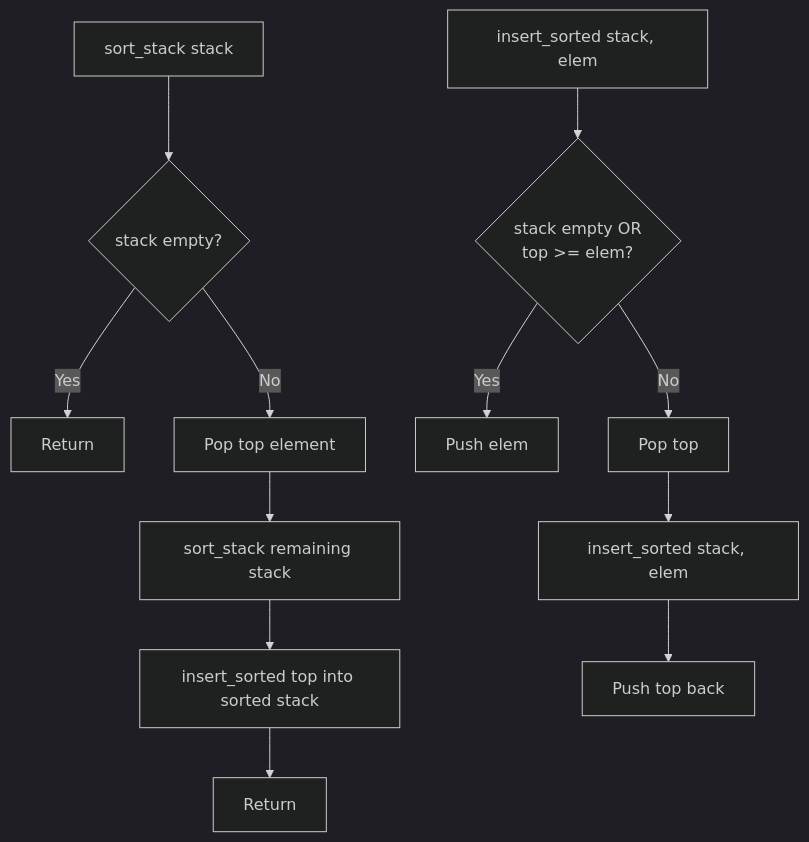
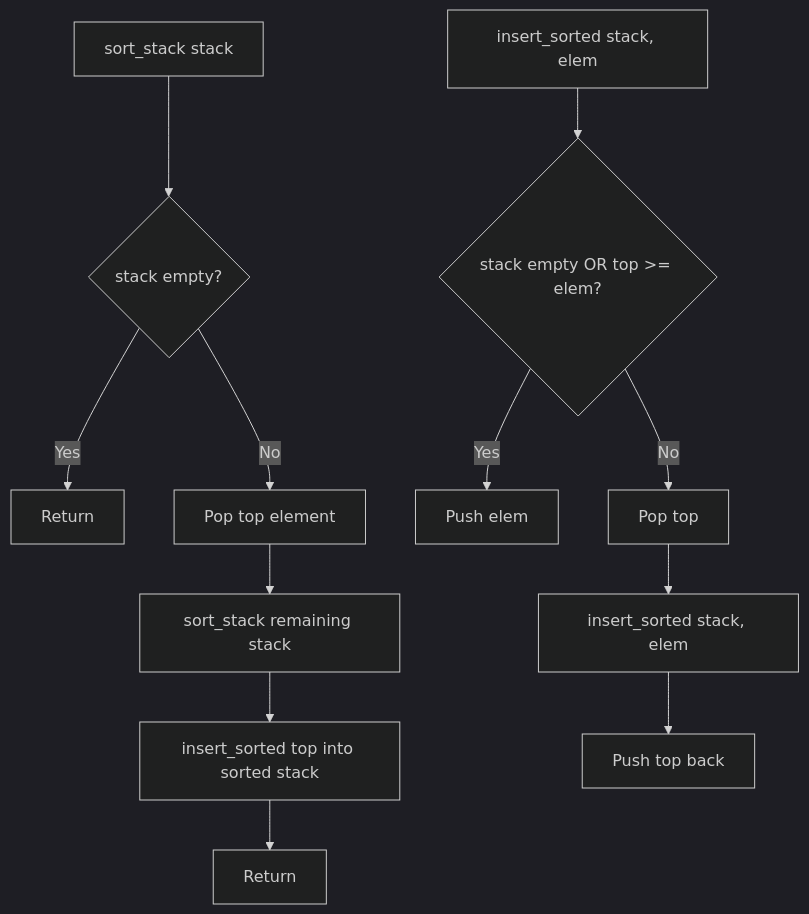
One commit to deepanshu-rawat6/AlgoAtlas changed the fourth of 5 diagrams in recursion/README.md. Above: the diagram before and after it, drawn with Mermaid (dark theme). The commit also changed other lines of this file and 43 other files, not shown here.

````diff
--- a/recursion/README.md
+++ b/recursion/README.md
@@ -86,15 +86,15 @@
 ```mermaid
 flowchart TD
-    A[sort_stack stack] --> B{stack empty?}
+    A[sort_stack stack] --> B{"stack empty?"}
     B -- Yes --> C[Return]
     B -- No --> D[Pop top element]
     D --> E[sort_stack remaining stack]
     E --> F[insert_sorted top into sorted stack]
     F --> G[Return]
 
-    H[insert_sorted stack, elem] --> I{stack empty OR<br>top >= elem?}
+    H[insert_sorted stack, elem] --> I{"stack empty OR top >= elem?"}
     I -- Yes --> J[Push elem]
     I -- No --> K[Pop top]
     K --> L[insert_sorted stack, elem]
     L --> M[Push top back]
 ```
````
